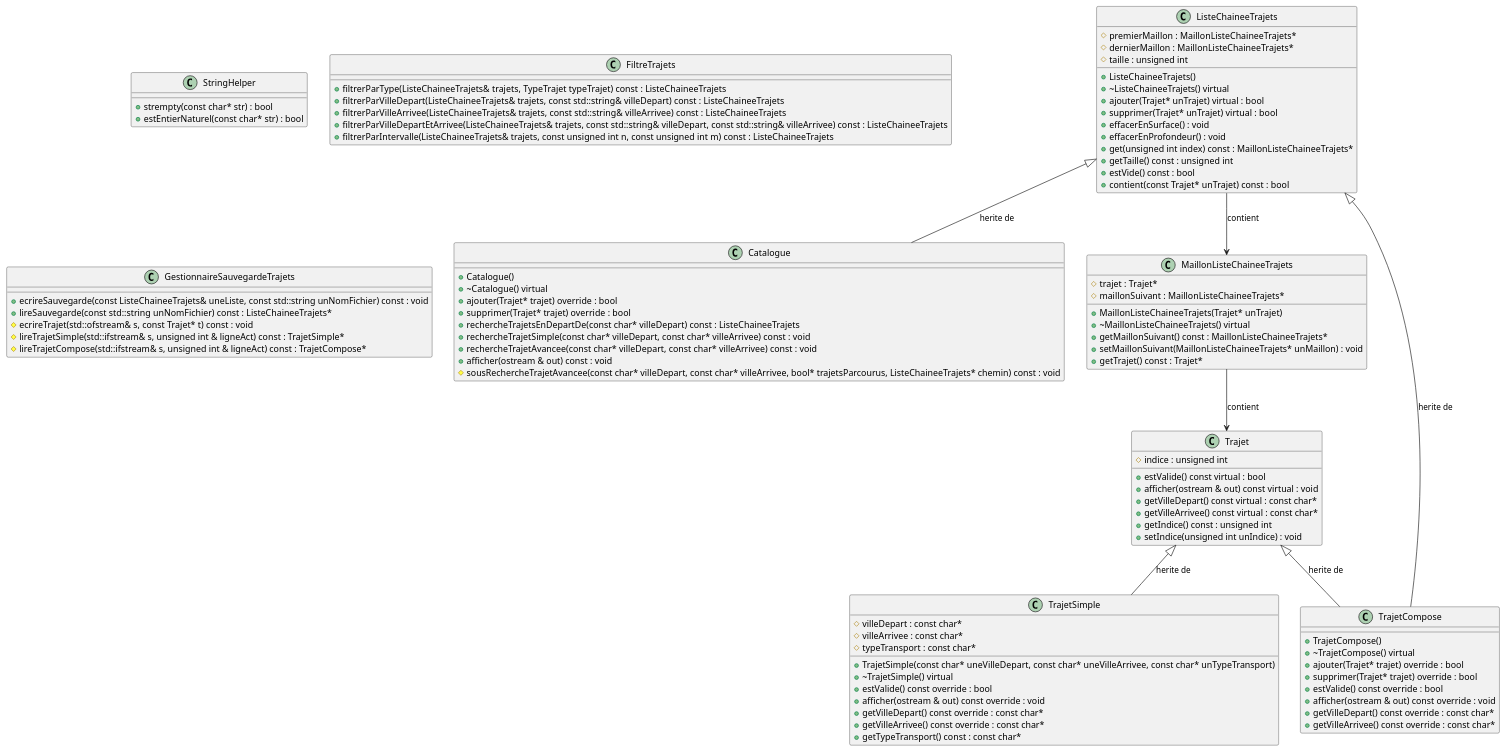
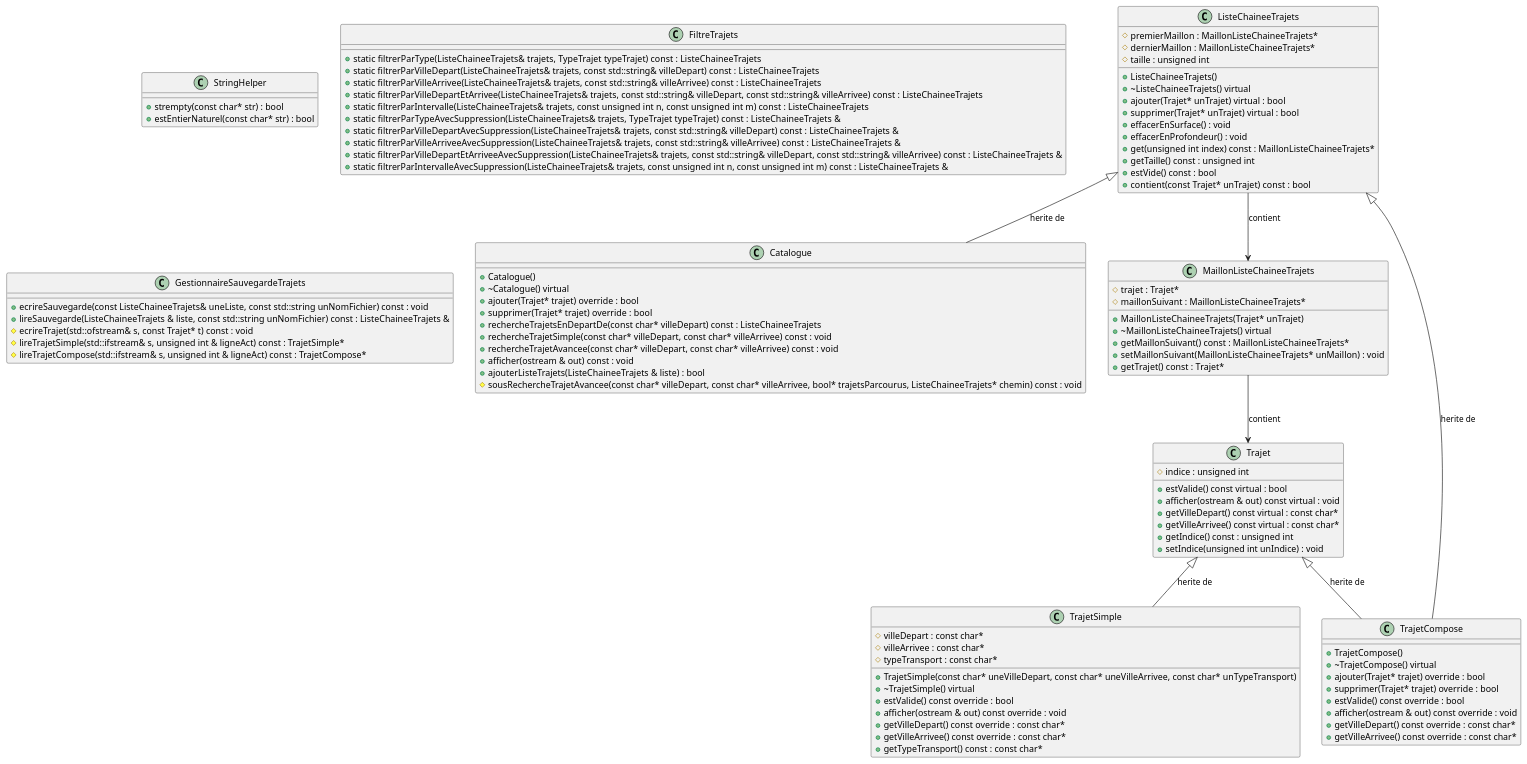
Before and after one commit to LogarithmeNeper/CPP_TP2: the diagram in doc/class-diagram.pu, drawn with PlantUML. The commit also changed 11 other files, not shown here.

```diff
--- a/doc/class-diagram.pu
+++ b/doc/class-diagram.pu
@@ -1,108 +1,114 @@
 @startuml
 
 class Catalogue {
   +Catalogue()
   +~Catalogue() virtual
   +ajouter(Trajet* trajet) override : bool
   +supprimer(Trajet* trajet) override : bool
   +rechercheTrajetsEnDepartDe(const char* villeDepart) const : ListeChaineeTrajets
   +rechercheTrajetSimple(const char* villeDepart, const char* villeArrivee) const : void
   +rechercheTrajetAvancee(const char* villeDepart, const char* villeArrivee) const : void
   +afficher(ostream & out) const : void
+  +ajouterListeTrajets(ListeChaineeTrajets & liste) : bool
   #sousRechercheTrajetAvancee(const char* villeDepart, const char* villeArrivee, bool* trajetsParcourus, ListeChaineeTrajets* chemin) const : void
 }
 
 class ListeChaineeTrajets {
   #premierMaillon : MaillonListeChaineeTrajets*
   #dernierMaillon : MaillonListeChaineeTrajets*
   #taille : unsigned int
   +ListeChaineeTrajets()
   +~ListeChaineeTrajets() virtual
   +ajouter(Trajet* unTrajet) virtual : bool
   +supprimer(Trajet* unTrajet) virtual : bool
   +effacerEnSurface() : void
   +effacerEnProfondeur() : void
   +get(unsigned int index) const : MaillonListeChaineeTrajets*
   +getTaille() const : unsigned int
   +estVide() const : bool
   +contient(const Trajet* unTrajet) const : bool
 }
 
 class MaillonListeChaineeTrajets {
   #trajet : Trajet*
   #maillonSuivant : MaillonListeChaineeTrajets*
   +MaillonListeChaineeTrajets(Trajet* unTrajet)
   +~MaillonListeChaineeTrajets() virtual
   +getMaillonSuivant() const : MaillonListeChaineeTrajets*
   +setMaillonSuivant(MaillonListeChaineeTrajets* unMaillon) : void
   +getTrajet() const : Trajet*
 }
 
 class StringHelper {
   +strempty(const char* str) : bool
   +estEntierNaturel(const char* str) : bool
 }
 
 class Trajet {
   +estValide() const virtual : bool
   +afficher(ostream & out) const virtual : void
   +getVilleDepart() const virtual : const char*
   +getVilleArrivee() const virtual : const char*
   +getIndice() const : unsigned int
   +setIndice(unsigned int unIndice) : void
   #indice : unsigned int
 }
 
 class TrajetCompose  {
   +TrajetCompose()
   +~TrajetCompose() virtual
   +ajouter(Trajet* trajet) override : bool
   +supprimer(Trajet* trajet) override : bool
   +estValide() const override : bool
   +afficher(ostream & out) const override : void
   +getVilleDepart() const override : const char*
   +getVilleArrivee() const override : const char*
 }
 
 class TrajetSimple {
   #villeDepart : const char*
   #villeArrivee : const char*
   #typeTransport : const char*
   +TrajetSimple(const char* uneVilleDepart, const char* uneVilleArrivee, const char* unTypeTransport)
   +~TrajetSimple() virtual
   +estValide() const override : bool
   +afficher(ostream & out) const override : void
   +getVilleDepart() const override : const char*
   +getVilleArrivee() const override : const char*
   +getTypeTransport() const : const char*
 }
 
 class FiltreTrajets {
-  +filtrerParType(ListeChaineeTrajets& trajets, TypeTrajet typeTrajet) const : ListeChaineeTrajets
-  +filtrerParVilleDepart(ListeChaineeTrajets& trajets, const std::string& villeDepart) const : ListeChaineeTrajets
-  +filtrerParVilleArrivee(ListeChaineeTrajets& trajets, const std::string& villeArrivee) const : ListeChaineeTrajets
-  +filtrerParVilleDepartEtArrivee(ListeChaineeTrajets& trajets, const std::string& villeDepart, const std::string& villeArrivee) const : ListeChaineeTrajets
-  +filtrerParIntervalle(ListeChaineeTrajets& trajets, const unsigned int n, const unsigned int m) const : ListeChaineeTrajets
+  + static filtrerParType(ListeChaineeTrajets& trajets, TypeTrajet typeTrajet) const : ListeChaineeTrajets
+  + static filtrerParVilleDepart(ListeChaineeTrajets& trajets, const std::string& villeDepart) const : ListeChaineeTrajets
+  + static filtrerParVilleArrivee(ListeChaineeTrajets& trajets, const std::string& villeArrivee) const : ListeChaineeTrajets
+  + static filtrerParVilleDepartEtArrivee(ListeChaineeTrajets& trajets, const std::string& villeDepart, const std::string& villeArrivee) const : ListeChaineeTrajets
+  + static filtrerParIntervalle(ListeChaineeTrajets& trajets, const unsigned int n, const unsigned int m) const : ListeChaineeTrajets
+  + static filtrerParTypeAvecSuppression(ListeChaineeTrajets& trajets, TypeTrajet typeTrajet) const : ListeChaineeTrajets &
+  + static filtrerParVilleDepartAvecSuppression(ListeChaineeTrajets& trajets, const std::string& villeDepart) const : ListeChaineeTrajets &
+  + static filtrerParVilleArriveeAvecSuppression(ListeChaineeTrajets& trajets, const std::string& villeArrivee) const : ListeChaineeTrajets &
+  + static filtrerParVilleDepartEtArriveeAvecSuppression(ListeChaineeTrajets& trajets, const std::string& villeDepart, const std::string& villeArrivee) const : ListeChaineeTrajets &
+  + static filtrerParIntervalleAvecSuppression(ListeChaineeTrajets& trajets, const unsigned int n, const unsigned int m) const : ListeChaineeTrajets &
 }
 
 class GestionnaireSauvegardeTrajets {
   +ecrireSauvegarde(const ListeChaineeTrajets& uneListe, const std::string unNomFichier) const : void
-  +lireSauvegarde(const std::string unNomFichier) const : ListeChaineeTrajets*
+  +lireSauvegarde(ListeChaineeTrajets & liste, const std::string unNomFichier) const : ListeChaineeTrajets &
   #ecrireTrajet(std::ofstream& s, const Trajet* t) const : void
   #lireTrajetSimple(std::ifstream& s, unsigned int & ligneAct) const : TrajetSimple*
   #lireTrajetCompose(std::ifstream& s, unsigned int & ligneAct) const : TrajetCompose*
 }
 
 ListeChaineeTrajets <|-- Catalogue : "herite de"
 
 Trajet <|-- TrajetSimple : "herite de"
 
 Trajet <|-- TrajetCompose : "herite de"
 
 ListeChaineeTrajets <|-- TrajetCompose : "herite de"
 
 ListeChaineeTrajets --> MaillonListeChaineeTrajets : "contient"
 
 MaillonListeChaineeTrajets --> Trajet : "contient"
 
 @enduml
```
